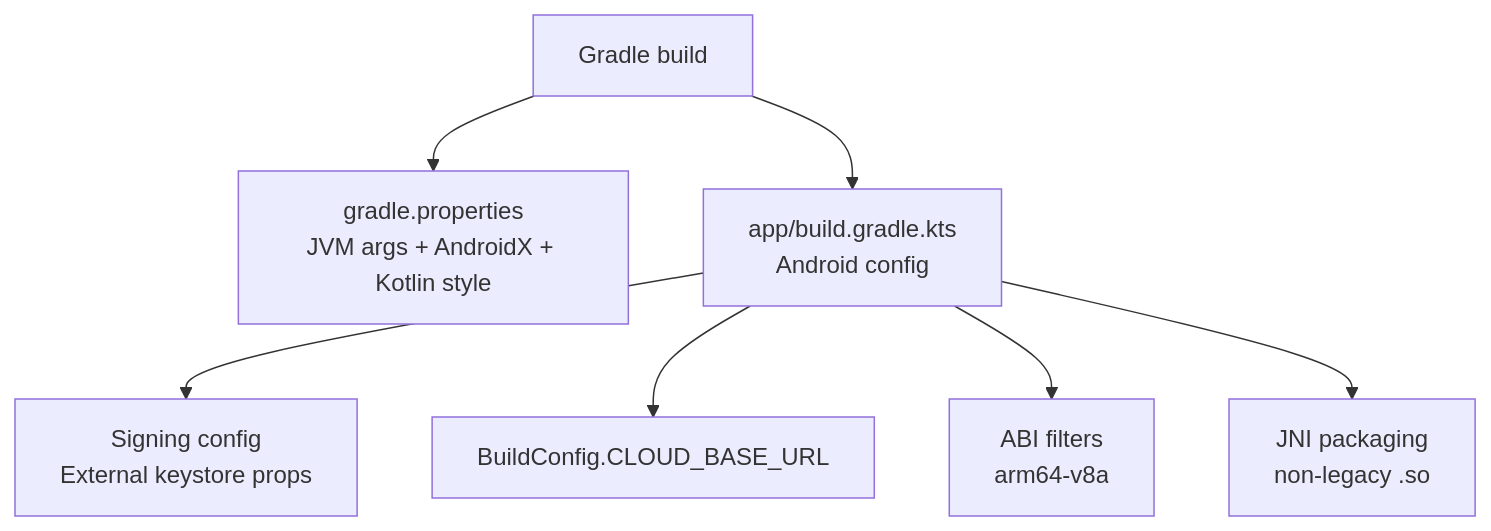
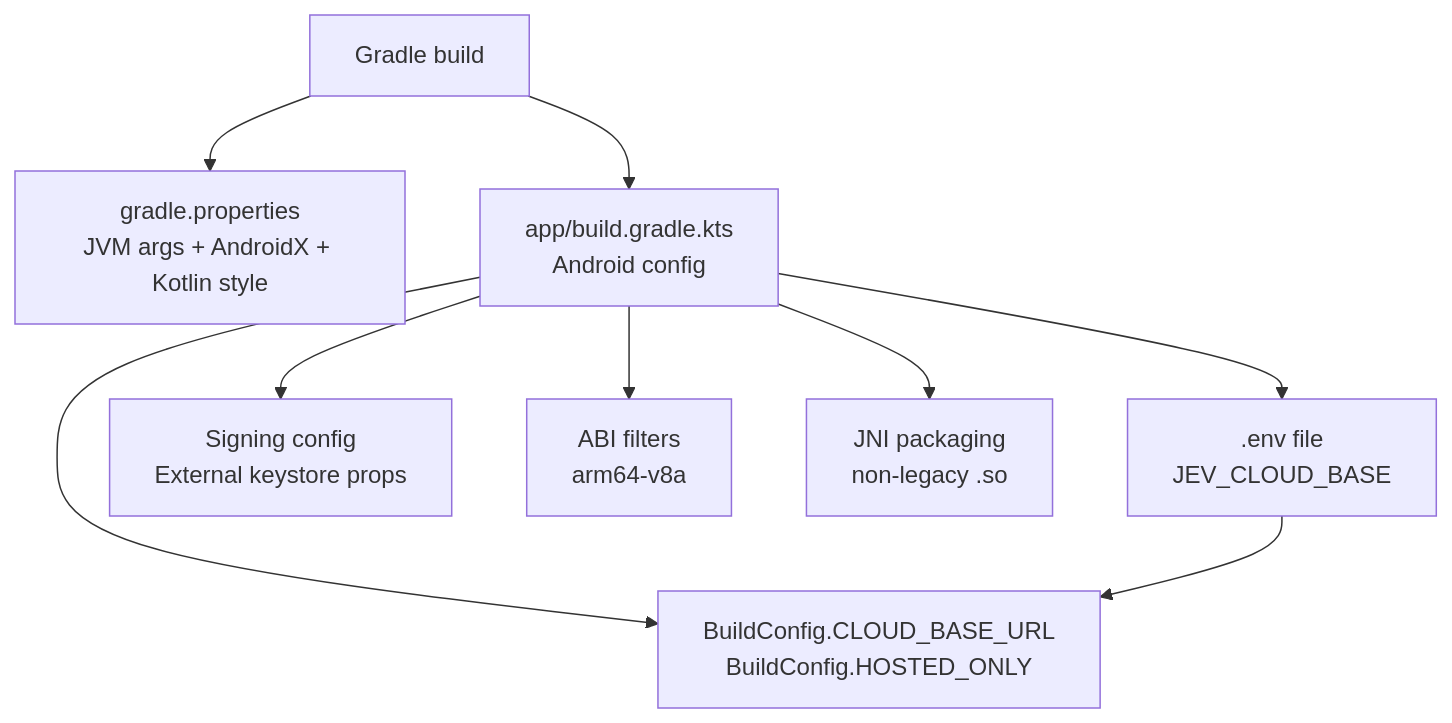
One commit to DeloYong/jev-chat-jarvis changed the sixth of 9 diagrams in .qoder/repowiki/en/content/Configuration Management.md. Above: the diagram before and after it, drawn with Mermaid. The commit also changed other lines of this file and 66 other files, not shown here.

````diff
--- a/.qoder/repowiki/en/content/Configuration Management.md
+++ b/.qoder/repowiki/en/content/Configuration Management.md
@@ -313,9 +373,11 @@
 ```mermaid
 flowchart TD
 Gradle["Gradle build"] --> Props["gradle.properties<br/>JVM args + AndroidX + Kotlin style"]
 Gradle --> AppBuild["app/build.gradle.kts<br/>Android config"]
+AppBuild --> DotEnv[".env file<br/>JEV_CLOUD_BASE"]
 AppBuild --> Signing["Signing config<br/>External keystore props"]
-AppBuild --> BuildConfig["BuildConfig.CLOUD_BASE_URL"]
+AppBuild --> BuildConfig["BuildConfig.CLOUD_BASE_URL<br/>BuildConfig.HOSTED_ONLY"]
 AppBuild --> NDK["ABI filters<br/>arm64-v8a"]
 AppBuild --> Packaging["JNI packaging<br/>non-legacy .so"]
+DotEnv --> BuildConfig
 ```
````
